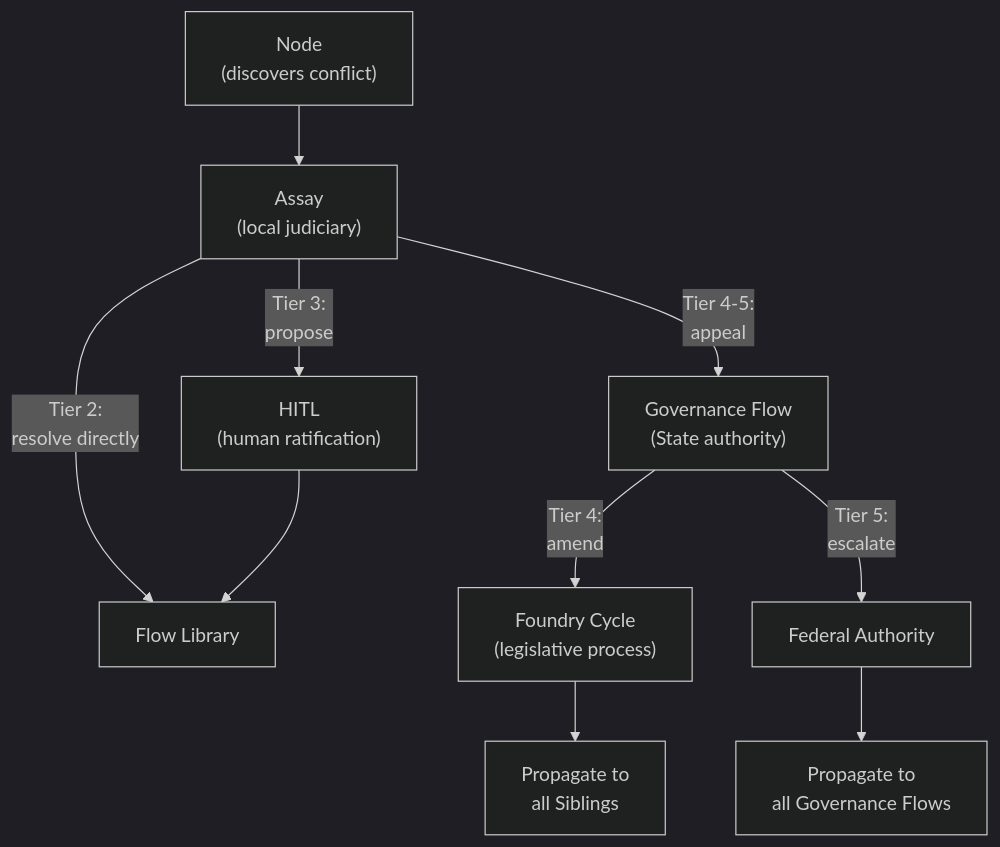
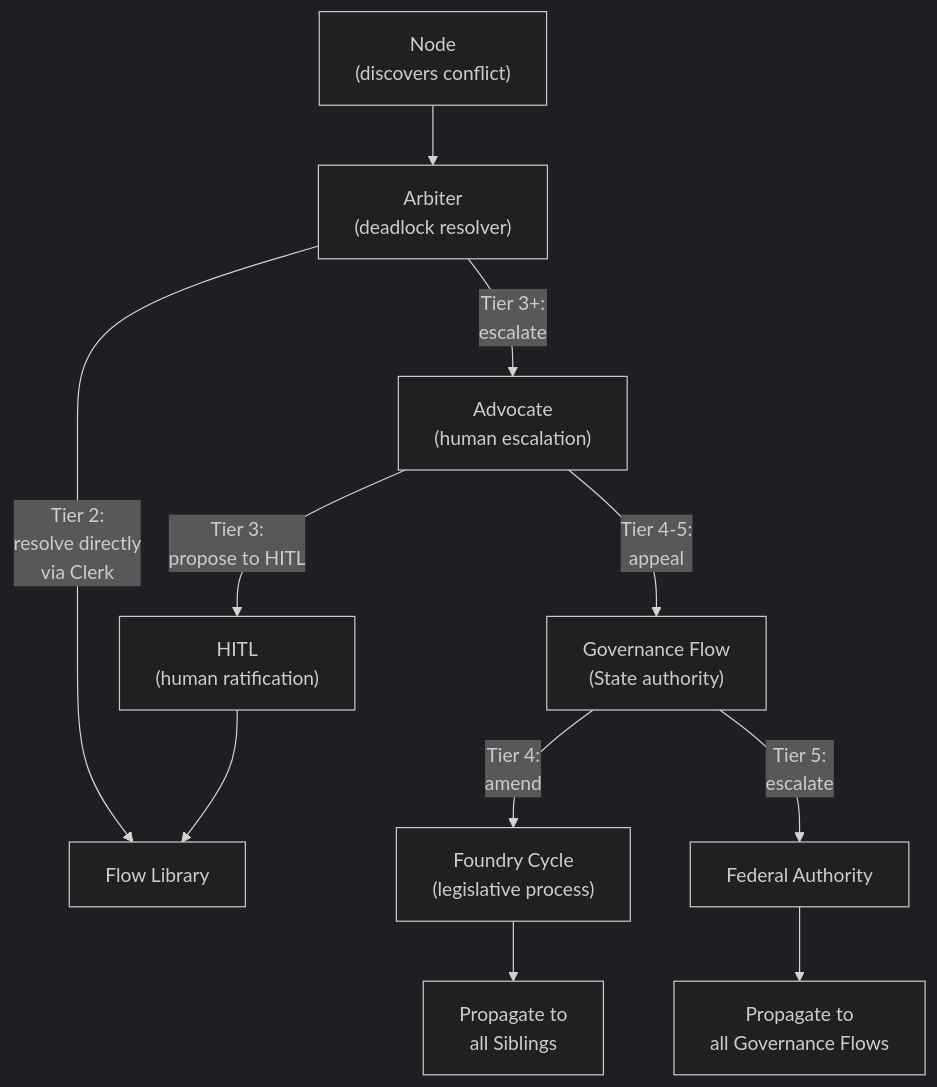
Before and after one commit to really-knows-ai/gideas: the second of 2 diagrams in specs/01-concepts/04-governance.md, drawn with Mermaid (dark theme). The commit also changed other lines of this file and 34 other files, not shown here.

First line of the commit message:
refactor: decompose Assay into Judiciary subsystem (Arbiter, Tribunal, Advocate, Jury, Clerk)

````diff
--- a/specs/01-concepts/04-governance.md
+++ b/specs/01-concepts/04-governance.md
@@ -256,12 +256,13 @@
 ```mermaid
 flowchart TD
-    Node["Node<br/>(discovers conflict)"] --> Assay["Assay<br/>(local judiciary)"]
-    Assay -->|"Tier 2:<br/>resolve directly"| Library["Flow Library"]
-    Assay -->|"Tier 3:<br/>propose"| HITL["HITL<br/>(human ratification)"]
+    Node["Node<br/>(discovers conflict)"] --> Arbiter["Arbiter<br/>(deadlock resolver)"]
+    Arbiter -->|"Tier 2:<br/>resolve directly<br/>via Clerk"| Library["Flow Library"]
+    Arbiter -->|"Tier 3+:<br/>escalate"| Advocate["Advocate<br/>(human escalation)"]
+    Advocate -->|"Tier 3:<br/>propose to HITL"| HITL["HITL<br/>(human ratification)"]
     HITL --> Library
-    Assay -->|"Tier 4-5:<br/>appeal"| GovFlow["Governance Flow<br/>(State authority)"]
+    Advocate -->|"Tier 4-5:<br/>appeal"| GovFlow["Governance Flow<br/>(State authority)"]
     GovFlow -->|"Tier 4:<br/>amend"| GovCycle["Foundry Cycle<br/>(legislative process)"]
     GovCycle --> Propagate["Propagate to<br/>all Siblings"]
     GovFlow -->|"Tier 5:<br/>escalate"| Federal["Federal Authority"]
     Federal --> FedPropagate["Propagate to<br/>all Governance Flows"]
 ```
````
